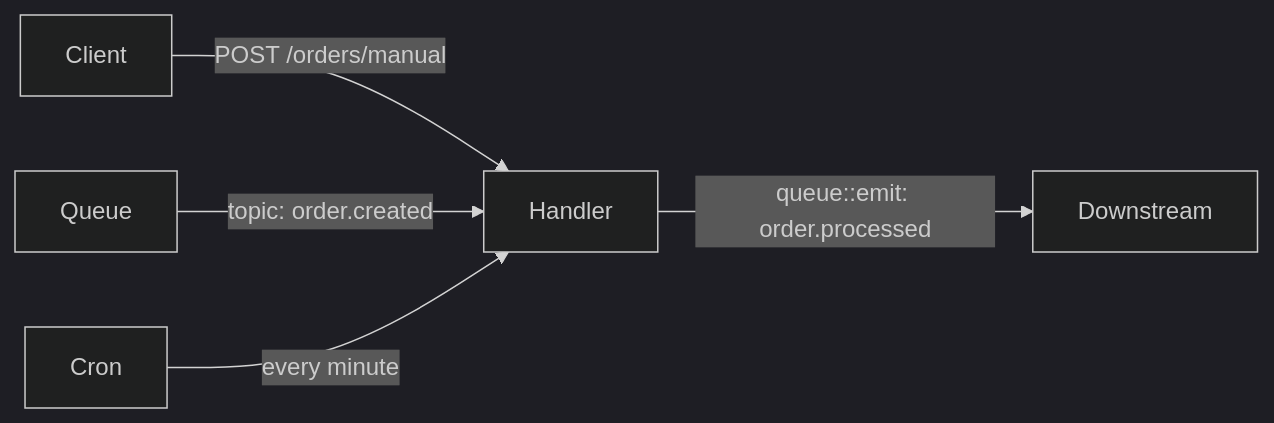
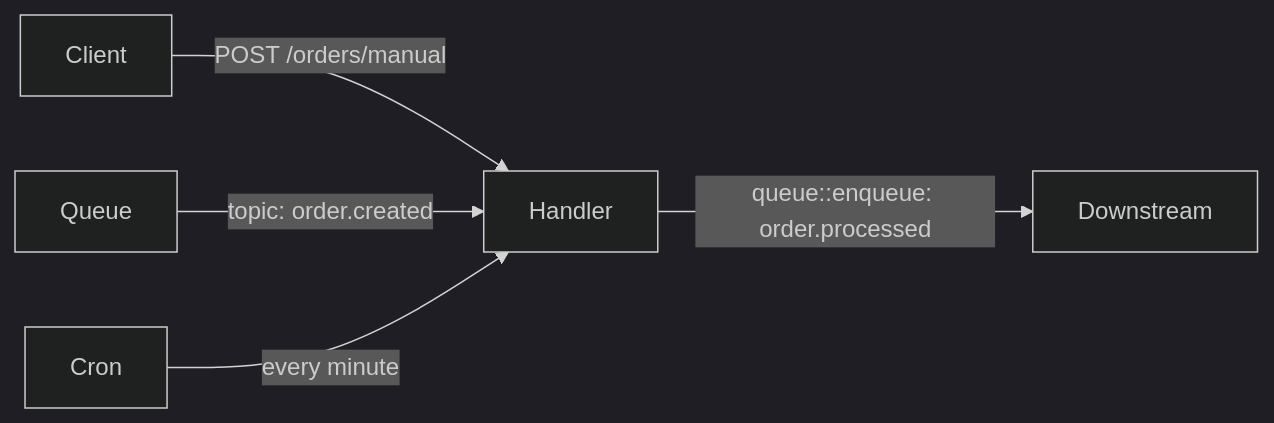
The diagram in content/examples/multi-trigger.mdx (iii-hq/docs), drawn with Mermaid (dark theme) before and after one commit. The commit also changed other lines of this file and 11 other files, not shown here.

First line of the commit message:
refactor: replace queue::emit with queue::enqueue in examples

````diff
--- a/content/examples/multi-trigger.mdx
+++ b/content/examples/multi-trigger.mdx
@@ -9,7 +9,7 @@
 ```mermaid
 graph LR
     Client -->|"POST /orders/manual"| Handler
     Queue -->|"topic: order.created"| Handler
     Cron -->|"every minute"| Handler
-    Handler -->|"queue::emit: order.processed"| Downstream
+    Handler -->|"queue::enqueue: order.processed"| Downstream
 ```
````
